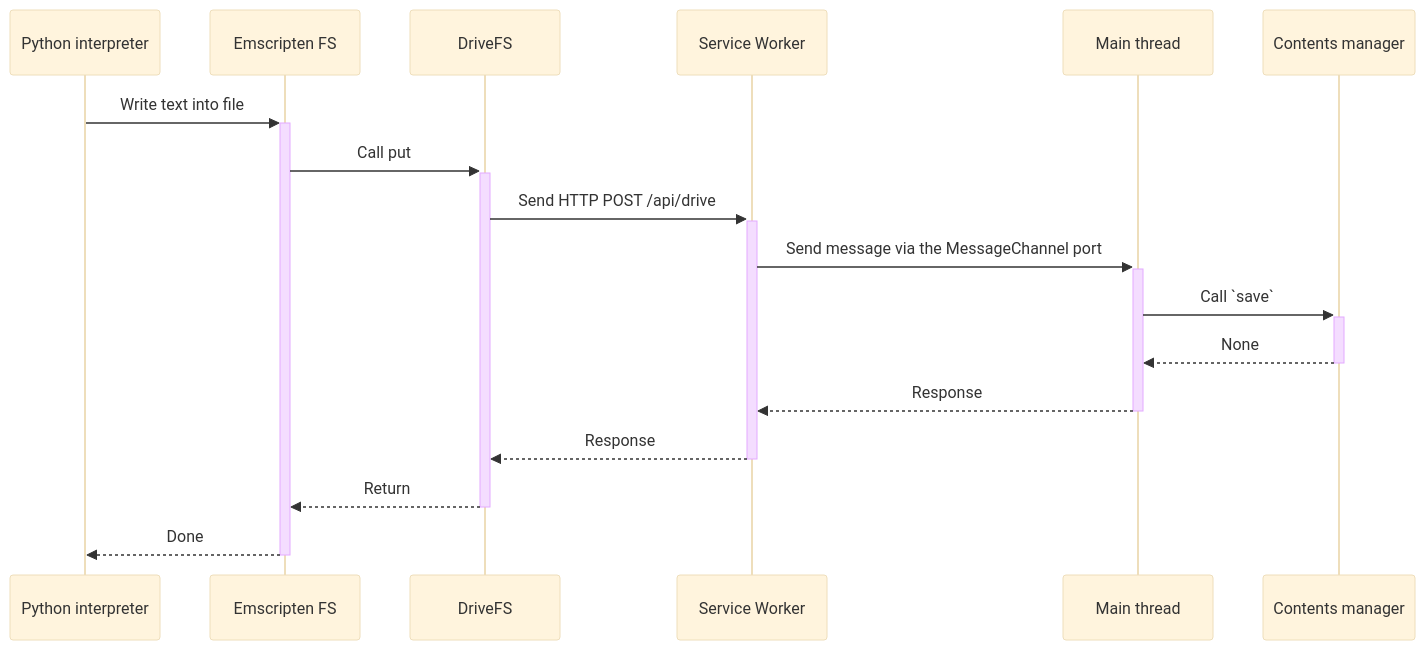
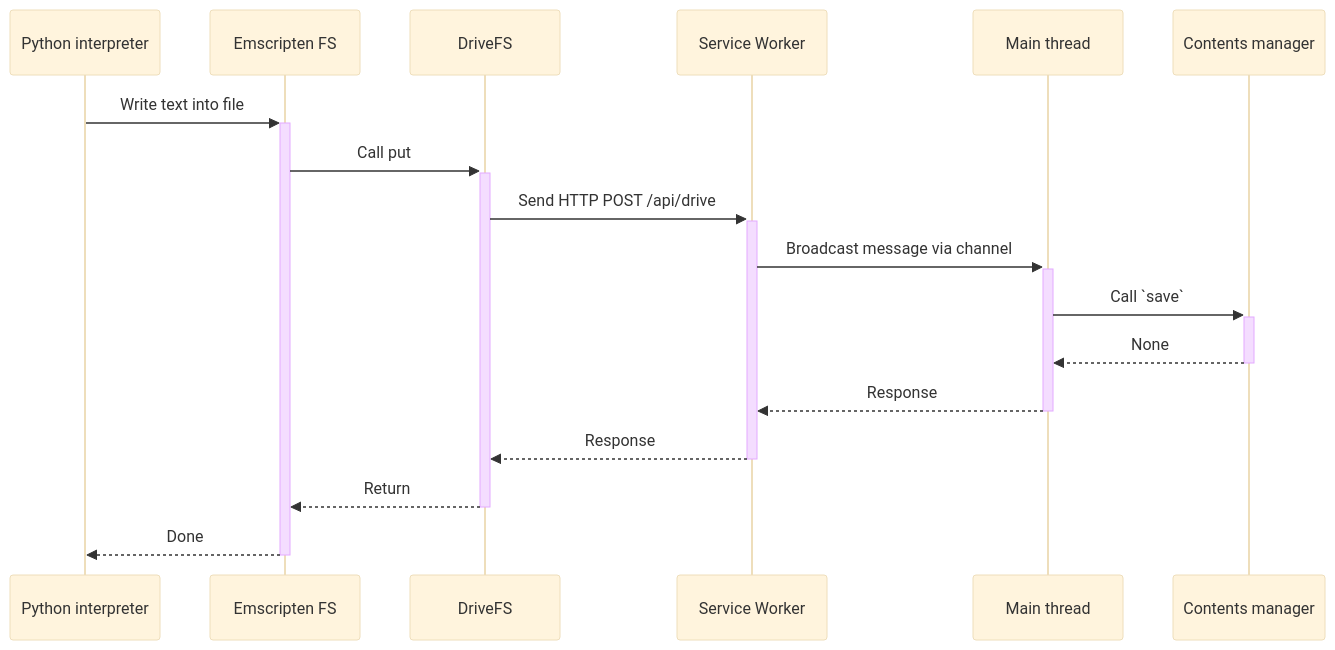
Before and after one commit to jupyterlite/jupyterlite: the second of 2 diagrams in docs/reference/contents.md, drawn with Mermaid (base theme). The commit also changed other lines of this file and 12 other files, not shown here.

First line of the commit message:
`BroadcastChannel` with identifier to properly send responses from the Service Worker (#1621)

````diff
--- a/docs/reference/contents.md
+++ b/docs/reference/contents.md
@@ -82,20 +82,20 @@
 ```{mermaid}
 sequenceDiagram
   participant P as Python interpreter
   participant F as Emscripten FS
   participant D as DriveFS
   participant S as Service Worker
   participant M as Main thread
   participant C as Contents manager
 
   P->>+F: Write text into file
   F->>+D: Call put
   D->>+S: Send HTTP POST /api/drive
-  S->>+M: Send message via the MessageChannel port
+  S->>+M: Broadcast message via channel
   M->>+C: Call `save`
   C-->>-M: None
   M-->>-S: Response
   S-->>-D: Response
   D-->>-F: Return
   F-->>-P: Done
 ```
````
